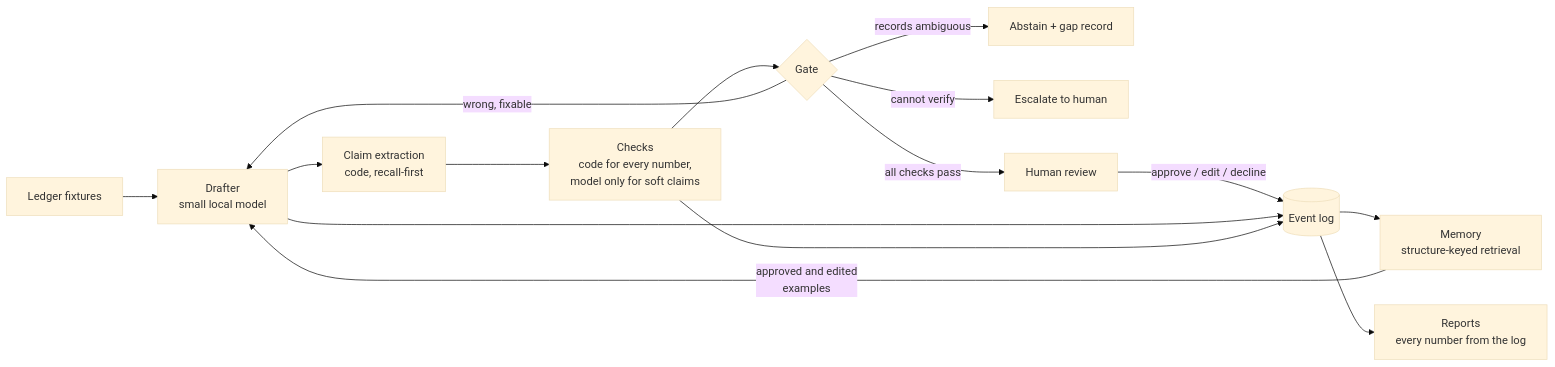
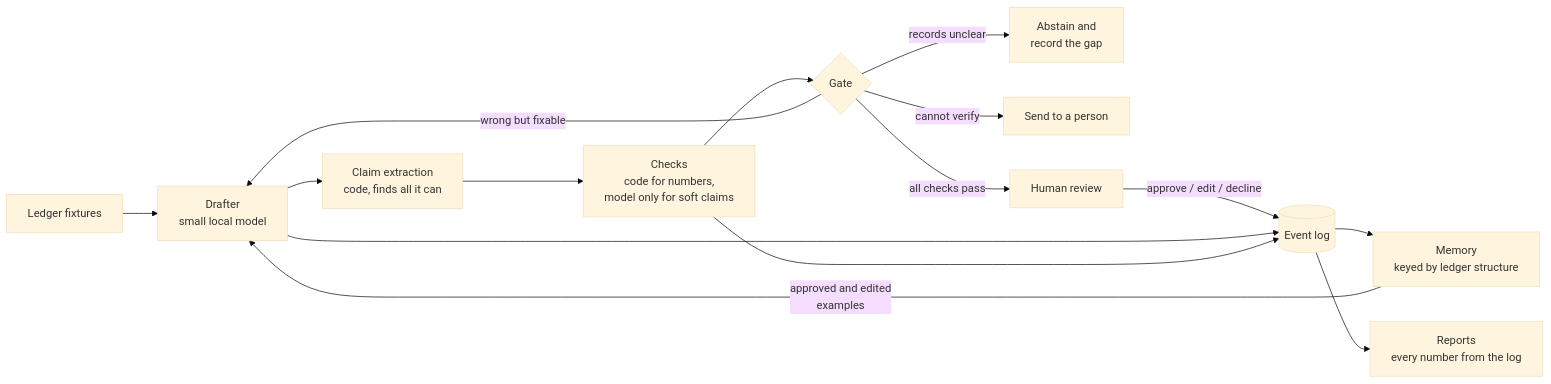
One commit to abdullahnizami77/MaxEd changed the diagram in README.md. Above: the diagram before and after it, drawn with Mermaid (base theme). The commit also changed other lines of this file, not shown here.

First line of the commit message:
docs: restructure README into nine-section flow with plain language and updated references

````diff
--- a/README.md
+++ b/README.md
@@ -294,17 +28,17 @@
 ```mermaid
 flowchart LR
-    L[Ledger fixtures] --> D[Drafter\nsmall local model]
-    D --> E[Claim extraction\ncode, recall-first]
-    E --> C[Checks\ncode for every number,\nmodel only for soft claims]
+    L[Ledger fixtures] --> D["Drafter<br/>small local model"]
+    D --> E["Claim extraction<br/>code, finds all it can"]
+    E --> C["Checks<br/>code for numbers,<br/>model only for soft claims"]
     C --> G{Gate}
-    G -->|wrong, fixable| D
-    G -->|records ambiguous| A[Abstain + gap record]
-    G -->|cannot verify| H2[Escalate to human]
+    G -->|wrong but fixable| D
+    G -->|records unclear| A["Abstain and<br/>record the gap"]
+    G -->|cannot verify| H2[Send to a person]
     G -->|all checks pass| H[Human review]
     H -->|approve / edit / decline| S[(Event log)]
     D --> S
     C --> S
-    S --> M[Memory\nstructure-keyed retrieval]
-    M -->|approved and edited\nexamples| D
-    S --> R[Reports\nevery number from the log]
+    S --> M["Memory<br/>keyed by ledger structure"]
+    M -->|"approved and edited<br/>examples"| D
+    S --> R["Reports<br/>every number from the log"]
 ```
````
